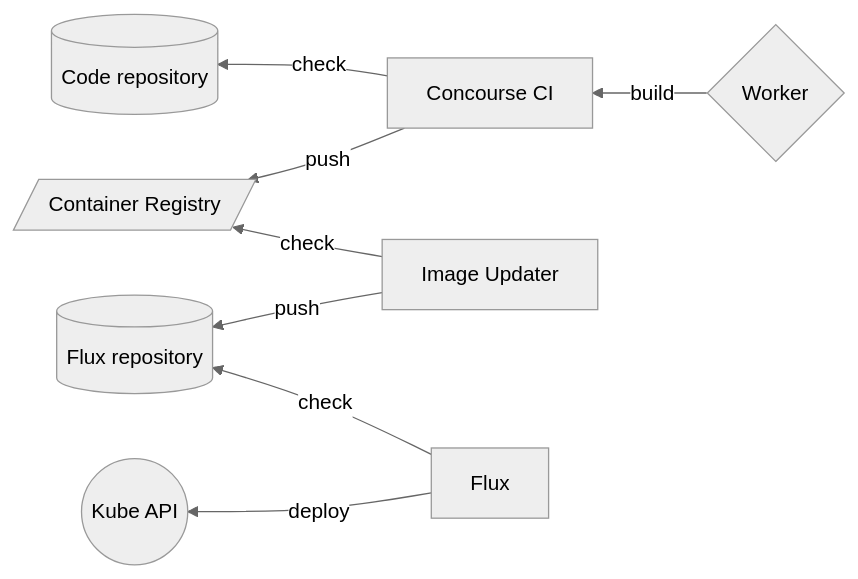
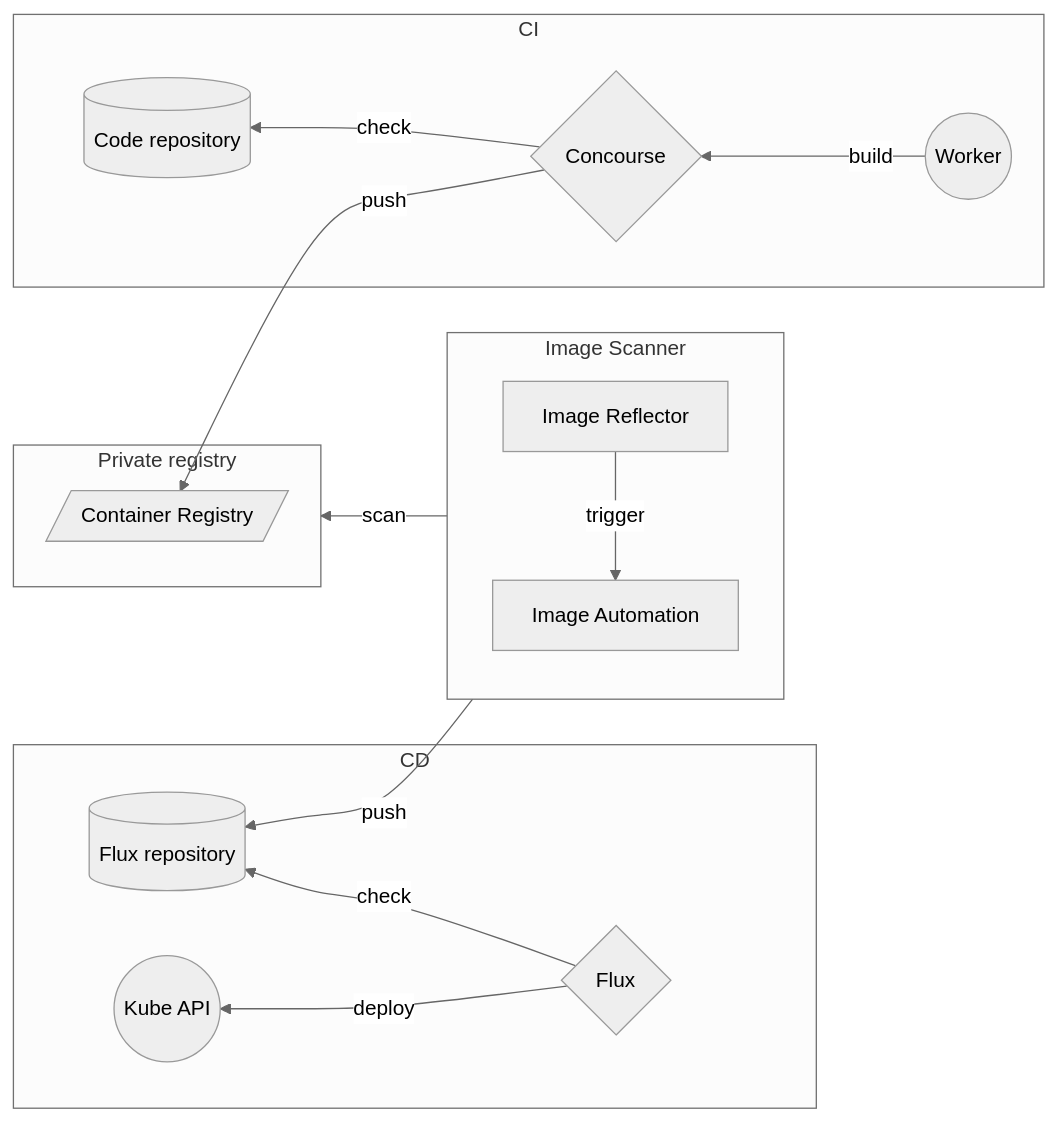
Before and after one commit to adr1enbe4udou1n/blog: the diagram in content/posts/16-build-your-own-kubernetes-cluster-part-7/index.md, drawn with Mermaid (neutral theme). The commit also changed other lines of this file and 1 other file, not shown here.

```diff
--- a/content/posts/16-build-your-own-kubernetes-cluster-part-7/index.md
+++ b/content/posts/16-build-your-own-kubernetes-cluster-part-7/index.md
@@ -654,10 +654,20 @@
 {{< mermaid >}}
 graph RL
-  A[Concourse CI] -- check --> B[(Code repository)]
-  A -- push --> C[/Container Registry/]
-  F{Worker} -- build --> A
-  I[Image Updater] -- check --> C
-  I -- push --> J[(Flux repository)]
-  D[Flux] -- check --> J
-  D -- deploy --> E((Kube API))
+  subgraph R [Private registry]
+    C[/Container Registry/]
+  end
+  S -- scan --> R
+  S -- push --> J[(Flux repository)]
+  subgraph CD
+    D{Flux} -- check --> J
+    D -- deploy --> E((Kube API))
+  end
+  subgraph S [Image Scanner]
+    I[Image Reflector] -- trigger --> H[Image Automation]
+  end
+  subgraph CI
+    A{Concourse} -- check --> B[(Code repository)]
+    A -- push --> C
+    F((Worker)) -- build --> A
+  end
 {{< /mermaid >}}
```
